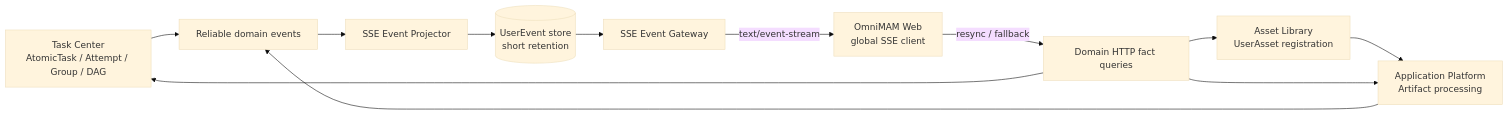
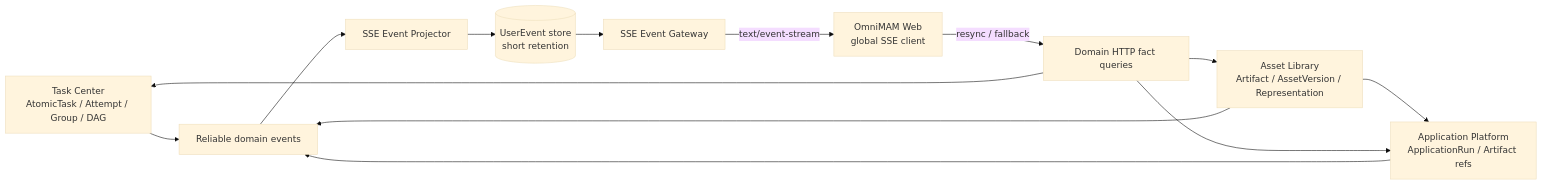
One commit to wangweihong/omnimam-spec changed the first of 3 diagrams in 02_architecture/domains/sse.md. Above: the diagram before and after it, drawn with Mermaid (base theme). The commit also changed other lines of this file and 34 other files, not shown here.

Commit message:
spec(asset-library): migrate artifact ownership

````diff
--- a/02_architecture/domains/sse.md
+++ b/02_architecture/domains/sse.md
@@ -7,24 +7,25 @@
 ```mermaid
 flowchart LR
   Task["Task Center<br/>AtomicTask / Attempt / Group / DAG"]
-  App["Application Platform<br/>Artifact processing"]
-  Asset["Asset Library<br/>UserAsset registration"]
+  App["Application Platform<br/>ApplicationRun / Artifact refs"]
+  Asset["Asset Library<br/>Artifact / AssetVersion / Representation"]
   Bus["Reliable domain events"]
   Projector["SSE Event Projector"]
   Store[("UserEvent store<br/>short retention")]
   Gateway["SSE Event Gateway"]
   Web["OmniMAM Web<br/>global SSE client"]
   Facts["Domain HTTP fact queries"]
 
   Task --> Bus
   App --> Bus
+  Asset --> Bus
   Asset --> App
   Bus --> Projector
   Projector --> Store
   Store --> Gateway
   Gateway -->|"text/event-stream"| Web
   Web -->|"resync / fallback"| Facts
   Facts --> Task
   Facts --> App
   Facts --> Asset
 ```
````
